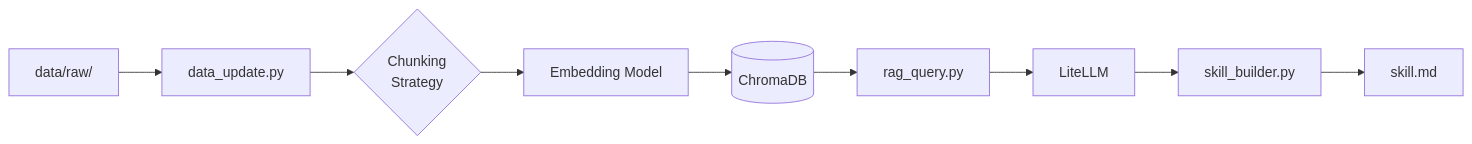
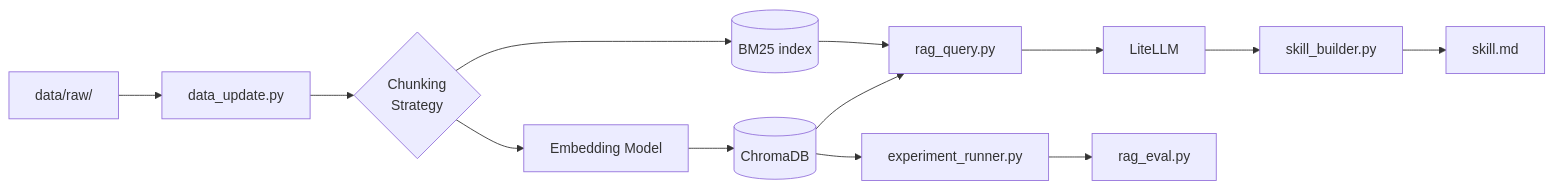
Before and after one commit to DancinAndrew/CypherOG: the diagram in README.md, drawn with Mermaid. The commit also changed other lines of this file and 2 other files, not shown here.

````diff
--- a/README.md
+++ b/README.md
@@ -53,11 +67,15 @@
 ```mermaid
 graph LR
     A[data/raw/] --> B[data_update.py]
     B --> C{Chunking\nStrategy}
     C --> D[Embedding Model]
     D --> E[(ChromaDB)]
+    C --> K[(BM25 index)]
     E --> F[rag_query.py]
+    K --> F
     F --> G[LiteLLM]
     G --> H[skill_builder.py]
     H --> I[skill.md]
+    E --> X[experiment_runner.py]
+    X --> Y[rag_eval.py]
 ```
````
